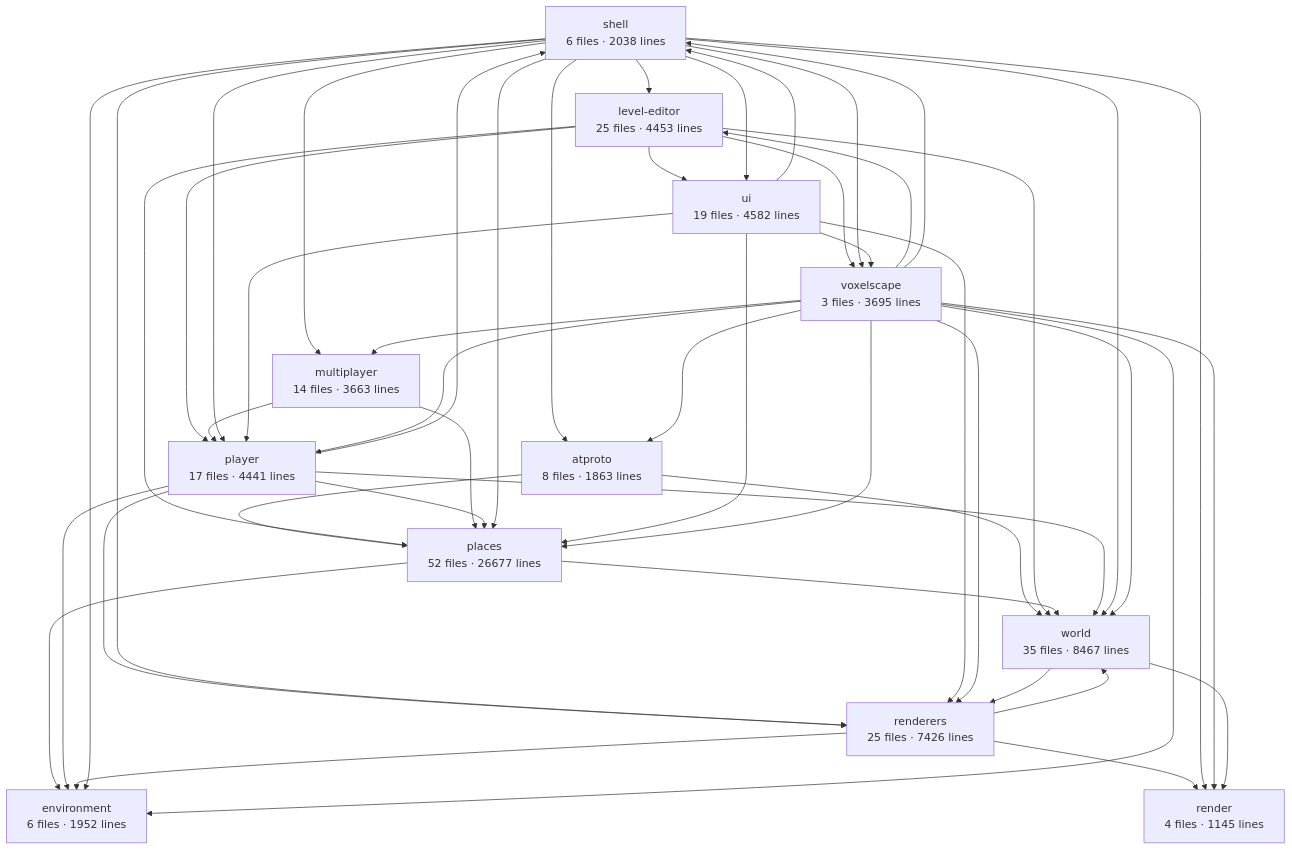
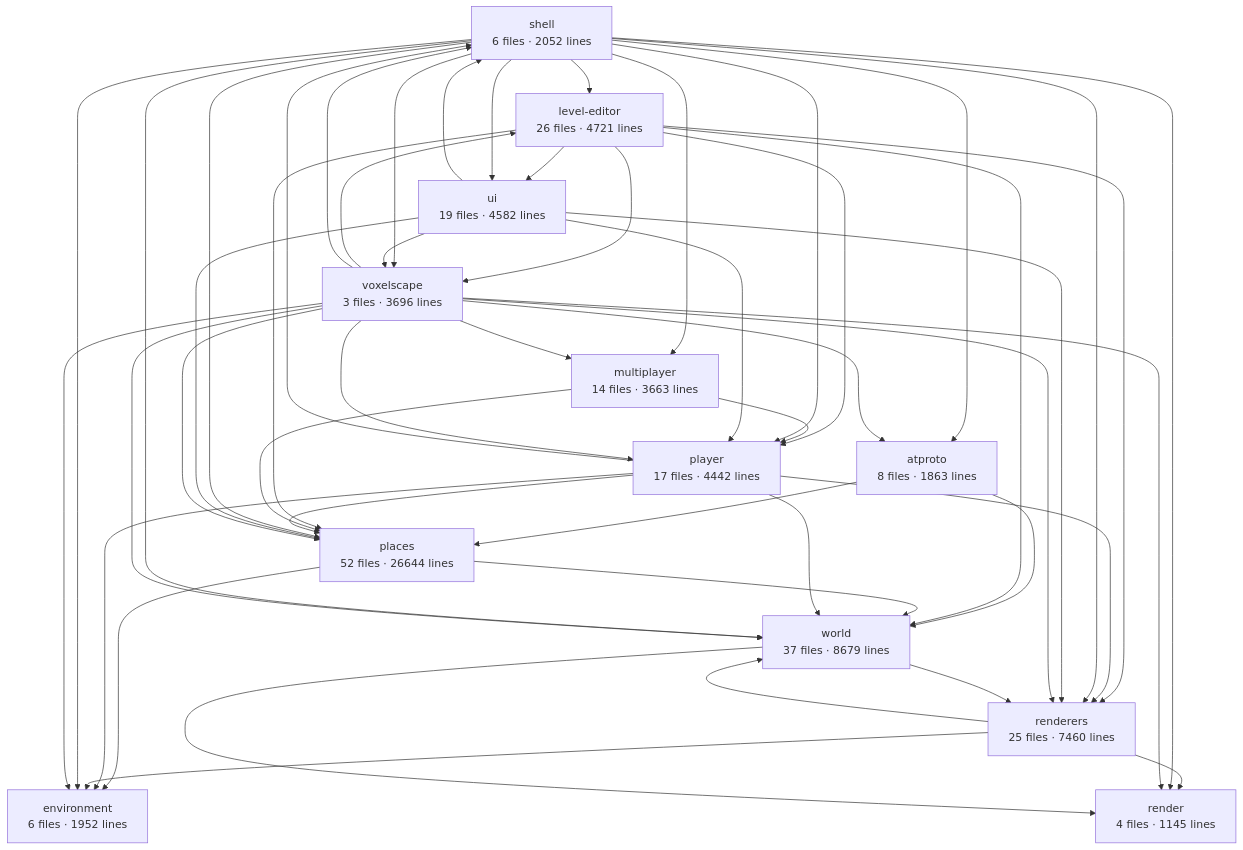
Before and after one commit to big-mesh-studios/big-mesh-studios: the diagram in apps/voxelscape/docs/architecture.md, drawn with Mermaid. The commit also changed other lines of this file and 25 other files, not shown here.

Commit message:
ensured level editor can use all available voxel blocks

````diff
--- a/apps/voxelscape/docs/architecture.md
+++ b/apps/voxelscape/docs/architecture.md
@@ -6,62 +6,63 @@
 ```mermaid
 graph TD
-  shell["shell<br/>6 files · 2038 lines"]
-  voxelscape["voxelscape<br/>3 files · 3695 lines"]
-  world["world<br/>35 files · 8467 lines"]
-  renderers["renderers<br/>25 files · 7426 lines"]
+  shell["shell<br/>6 files · 2052 lines"]
+  voxelscape["voxelscape<br/>3 files · 3696 lines"]
+  world["world<br/>37 files · 8679 lines"]
+  renderers["renderers<br/>25 files · 7460 lines"]
   render["render<br/>4 files · 1145 lines"]
-  player["player<br/>17 files · 4441 lines"]
+  player["player<br/>17 files · 4442 lines"]
   multiplayer["multiplayer<br/>14 files · 3663 lines"]
-  places["places<br/>52 files · 26677 lines"]
+  places["places<br/>52 files · 26644 lines"]
   environment["environment<br/>6 files · 1952 lines"]
   atproto["atproto<br/>8 files · 1863 lines"]
   ui["ui<br/>19 files · 4582 lines"]
-  level-editor["level-editor<br/>25 files · 4453 lines"]
+  level-editor["level-editor<br/>26 files · 4721 lines"]
   atproto --> places
   atproto --> world
   level-editor --> places
   level-editor --> player
+  level-editor --> renderers
   level-editor --> ui
   level-editor --> voxelscape
   level-editor --> world
   multiplayer --> places
   multiplayer --> player
   places --> environment
   places --> world
   player --> environment
   player --> places
   player --> renderers
   player --> shell
   player --> world
   renderers --> environment
   renderers --> render
   renderers --> world
   shell --> atproto
   shell --> environment
   shell --> level-editor
   shell --> multiplayer
   shell --> places
   shell --> player
   shell --> render
   shell --> renderers
   shell --> ui
   shell --> voxelscape
   shell --> world
   ui --> places
   ui --> player
   ui --> renderers
   ui --> shell
   ui --> voxelscape
   voxelscape --> atproto
   voxelscape --> environment
   voxelscape --> level-editor
   voxelscape --> multiplayer
   voxelscape --> places
   voxelscape --> player
   voxelscape --> render
   voxelscape --> renderers
   voxelscape --> shell
   voxelscape --> world
   world --> render
   world --> renderers
 ```
````
